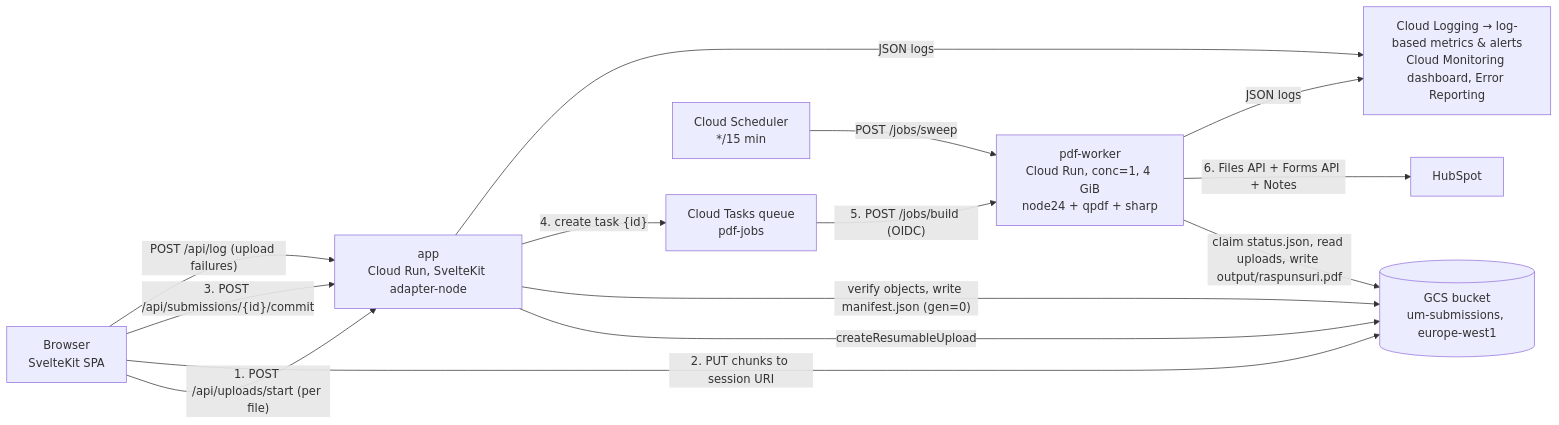
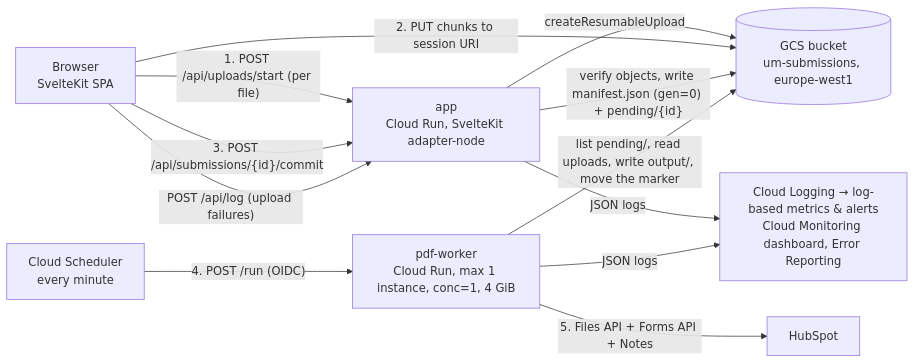
The diagram in docs/pdf-pipeline-design.md (TudorBatica/urban-moon), drawn with Mermaid before and after one commit. The commit also changed other lines of this file and 117 other files, not shown here.

````diff
--- a/docs/pdf-pipeline-design.md
+++ b/docs/pdf-pipeline-design.md
@@ -75,15 +77,13 @@
 ```mermaid
 flowchart LR
   B[Browser<br/>SvelteKit SPA] -- "1. POST /api/uploads/start (per file)" --> A[app<br/>Cloud Run, SvelteKit adapter-node]
   A -- "createResumableUpload" --> G[(GCS bucket<br/>um-submissions, europe-west1)]
   B -- "2. PUT chunks to session URI" --> G
   B -- "3. POST /api/submissions/{id}/commit" --> A
-  A -- "verify objects, write manifest.json (gen=0)" --> G
-  A -- "4. create task {id}" --> T[Cloud Tasks queue<br/>pdf-jobs]
-  T -- "5. POST /jobs/build (OIDC)" --> W[pdf-worker<br/>Cloud Run, conc=1, 4 GiB<br/>node24 + qpdf + sharp]
-  W -- "claim status.json, read uploads, write output/raspunsuri.pdf" --> G
-  W -- "6. Files API + Forms API + Notes" --> H[HubSpot]
-  S[Cloud Scheduler<br/>*/15 min] -- "POST /jobs/sweep" --> W
+  A -- "verify objects, write manifest.json (gen=0) + pending/{id}" --> G
+  S[Cloud Scheduler<br/>every minute] -- "4. POST /run (OIDC)" --> W[pdf-worker<br/>Cloud Run, max 1 instance, conc=1, 4 GiB]
+  W -- "list pending/, read uploads, write output/, move the marker" --> G
+  W -- "5. Files API + Forms API + Notes" --> H[HubSpot]
   A & W -- "JSON logs" --> L[Cloud Logging → log-based metrics & alerts<br/>Cloud Monitoring dashboard, Error Reporting]
   B -- "POST /api/log (upload failures)" --> A
 ```
````
